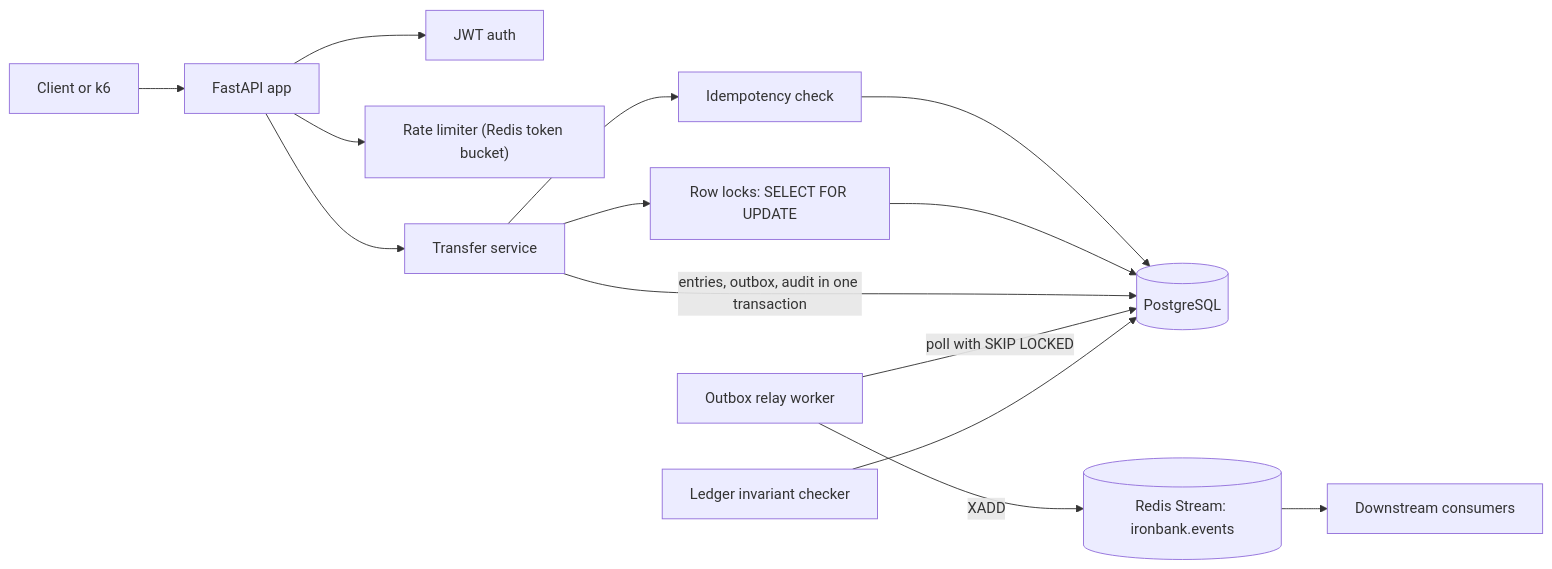
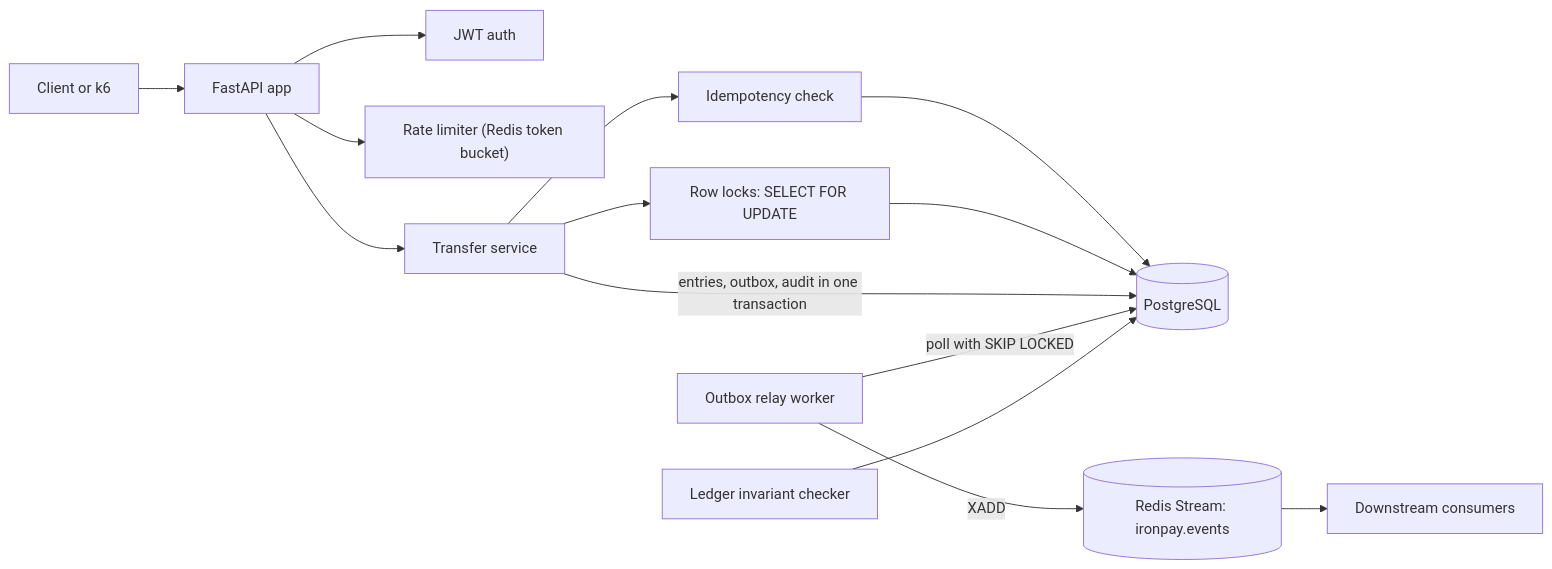
The diagram in README.md (striderzz/IronPay-LedgerAPI), drawn with Mermaid before and after one commit. The commit also changed other lines of this file and 2 other files, not shown here.

First line of the commit message:
Rename project to ironpay-ledgerapi

````diff
--- a/README.md
+++ b/README.md
@@ -28,16 +28,16 @@
 ```mermaid
 flowchart LR
     Client["Client or k6"] --> API["FastAPI app"]
     API --> Auth["JWT auth"]
     API --> RL["Rate limiter (Redis token bucket)"]
     API --> Svc["Transfer service"]
     Svc --> Idem["Idempotency check"]
     Svc --> Lock["Row locks: SELECT FOR UPDATE"]
     Idem --> PG[("PostgreSQL")]
     Lock --> PG
     Svc -->|"entries, outbox, audit in one transaction"| PG
     Relay["Outbox relay worker"] -->|"poll with SKIP LOCKED"| PG
-    Relay -->|XADD| Stream[("Redis Stream: ironbank.events")]
+    Relay -->|XADD| Stream[("Redis Stream: ironpay.events")]
     Stream --> Consumers["Downstream consumers"]
     Checker["Ledger invariant checker"] --> PG
 ```
````
